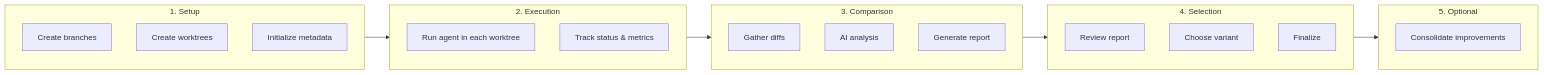
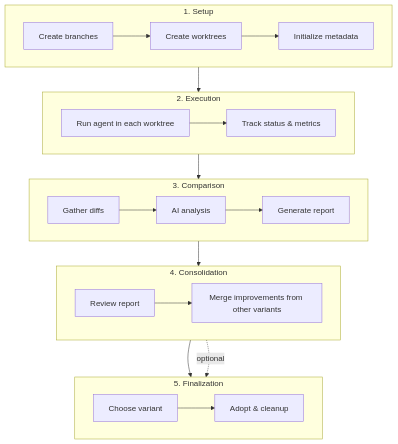
The second of 8 diagrams in README.md (ArjenSchwarz/orbit), drawn with Mermaid before and after one commit.

Commit message:
docs: Make workflow steps diagram vertical for readability
Change Complete Workflow Steps mermaid diagram from left-to-right to
top-to-bottom layout, with horizontal details within each phase.
Also fixed phase order to match consolidate-before-finalize workflow.

````diff
--- a/README.md
+++ b/README.md
@@ -334,31 +334,30 @@
 ```mermaid
-flowchart LR
+flowchart TB
     subgraph Phase1[1. Setup]
-        A1[Create branches]
-        A2[Create worktrees]
-        A3[Initialize metadata]
+        direction LR
+        A1[Create branches] --> A2[Create worktrees] --> A3[Initialize metadata]
     end
 
     subgraph Phase2[2. Execution]
-        B1[Run agent in each worktree]
-        B2[Track status & metrics]
+        direction LR
+        B1[Run agent in each worktree] --> B2[Track status & metrics]
     end
 
     subgraph Phase3[3. Comparison]
-        C1[Gather diffs]
-        C2[AI analysis]
-        C3[Generate report]
+        direction LR
+        C1[Gather diffs] --> C2[AI analysis] --> C3[Generate report]
     end
 
-    subgraph Phase4[4. Selection]
-        D1[Review report]
-        D2[Choose variant]
-        D3[Finalize]
+    subgraph Phase4[4. Consolidation]
+        direction LR
+        D1[Review report] --> D2[Merge improvements from other variants]
     end
 
-    subgraph Phase5[5. Optional]
-        E1[Consolidate improvements]
+    subgraph Phase5[5. Finalization]
+        direction LR
+        E1[Choose variant] --> E2[Adopt & cleanup]
     end
 
     Phase1 --> Phase2 --> Phase3 --> Phase4 --> Phase5
+    Phase4 -.->|optional| Phase5
 ```
````
